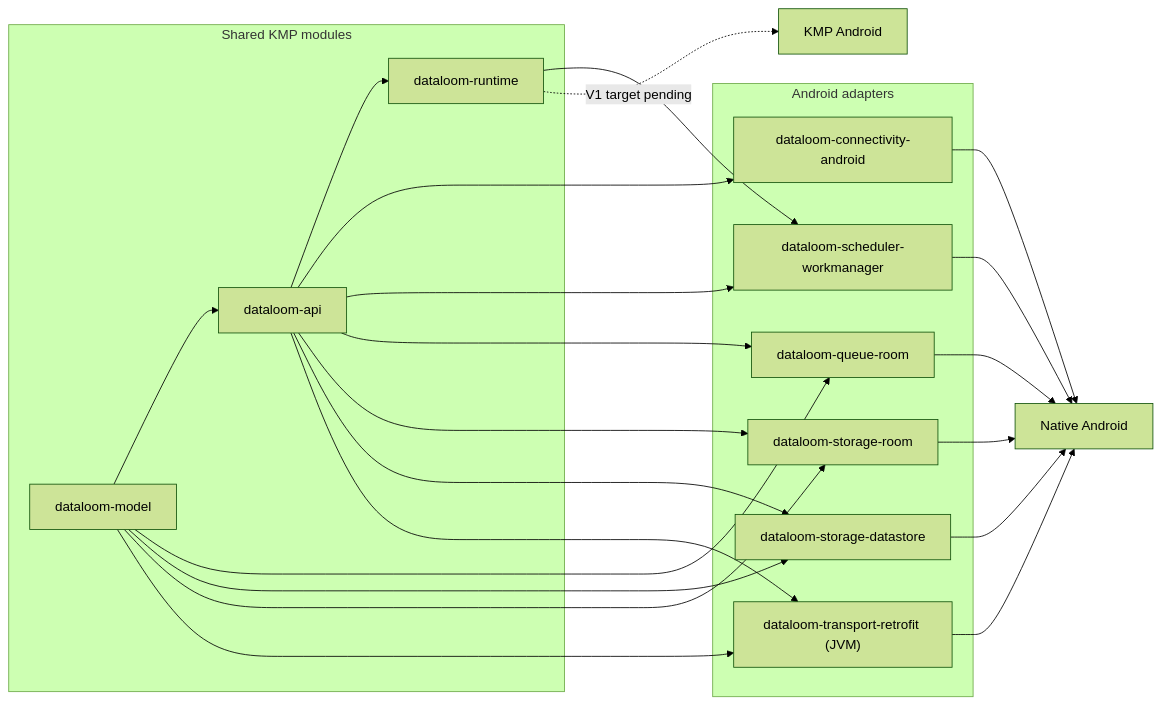
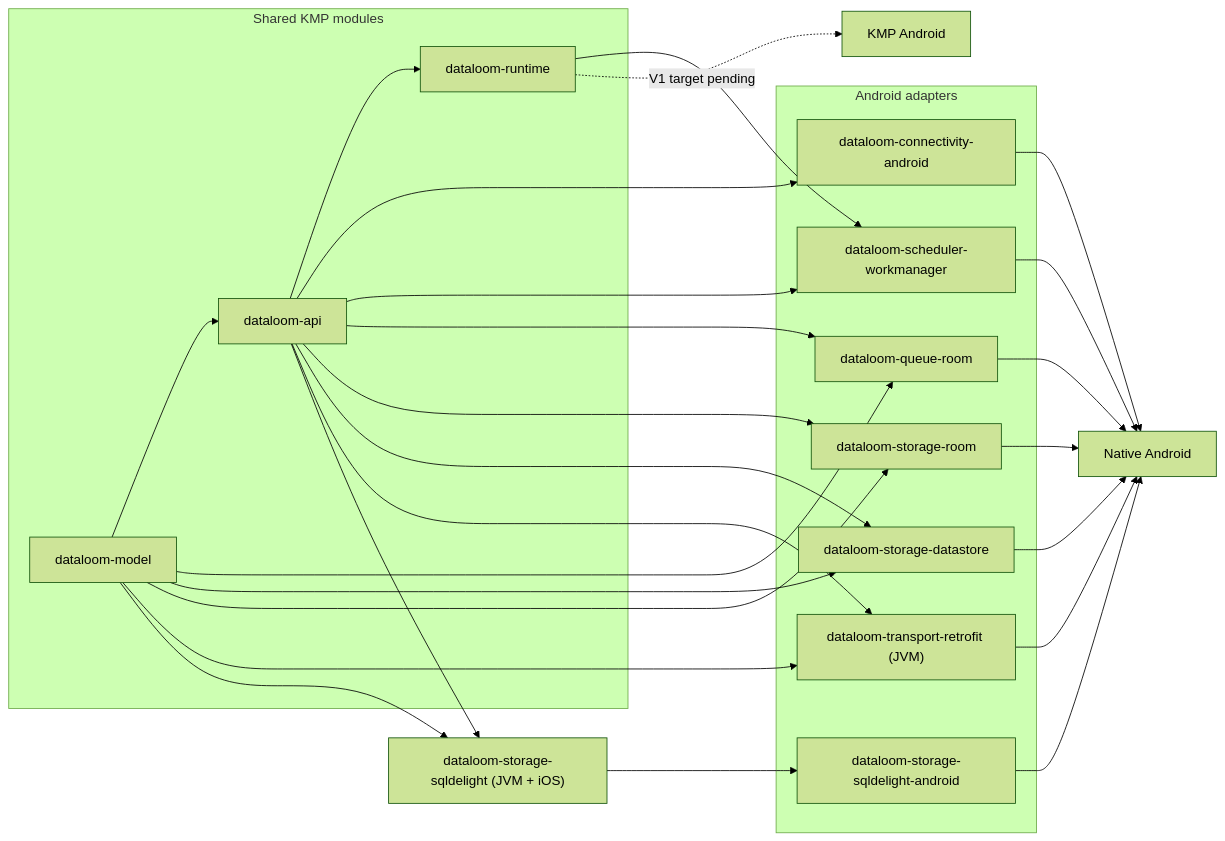
One commit to dataloom-sdk/dataloom changed the diagram in docs/android/README.md. Above: the diagram before and after it, drawn with Mermaid (forest theme). The commit also changed other lines of this file and 25 other files, not shown here.

First line of the commit message:
Add optional KMP SQLDelight `StorageProvider` reference module (Android/JVM + host-gated iOS) (#216)

````diff
--- a/docs/android/README.md
+++ b/docs/android/README.md
@@ -40,40 +42,47 @@
 ```mermaid
 flowchart LR
     subgraph sharedModules["Shared KMP modules"]
         model["dataloom-model"]
         api["dataloom-api"]
         runtime["dataloom-runtime"]
         model --> api
         api --> runtime
     end
 
     subgraph androidAdapters["Android adapters"]
         connectivity["dataloom-connectivity-android"]
         scheduler["dataloom-scheduler-workmanager"]
         persistence["dataloom-queue-room"]
         storage["dataloom-storage-room"]
         datastoreStorage["dataloom-storage-datastore"]
         retrofitTransport["dataloom-transport-retrofit (JVM)"]
+        sqldelightAndroid["dataloom-storage-sqldelight-android"]
     end
+
+    sqldelight["dataloom-storage-sqldelight (JVM + iOS)"]
 
     model --> persistence
     model --> datastoreStorage
     model --> storage
     model --> retrofitTransport
+    model --> sqldelight
     api --> connectivity
     api --> scheduler
     api --> persistence
     api --> storage
     api --> datastoreStorage
     api --> retrofitTransport
+    api --> sqldelight
+    sqldelight --> sqldelightAndroid
     runtime --> scheduler
 
     connectivity --> nativeApp["Native Android"]
     scheduler --> nativeApp
     persistence --> nativeApp
     storage --> nativeApp
     datastoreStorage --> nativeApp
     retrofitTransport --> nativeApp
+    sqldelightAndroid --> nativeApp
 
     runtime -.->|"V1 target pending"| kmpApp["KMP Android"]
 ```
````
